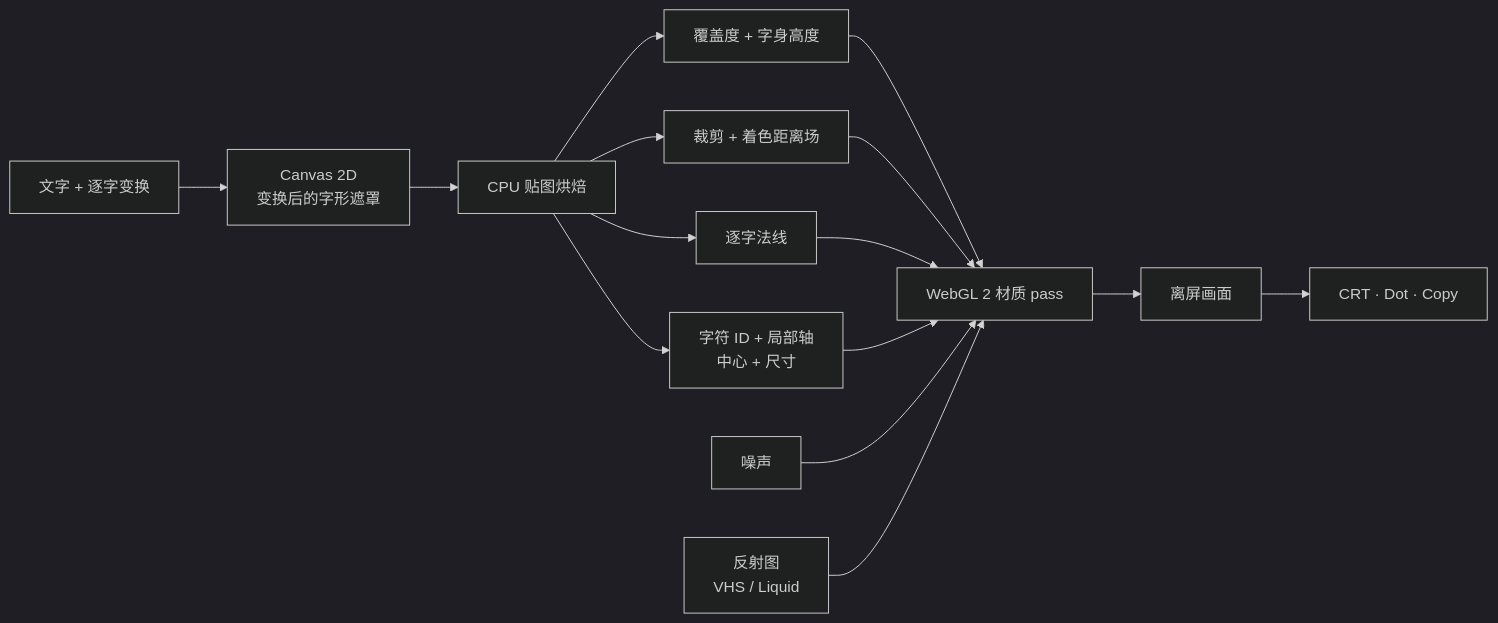
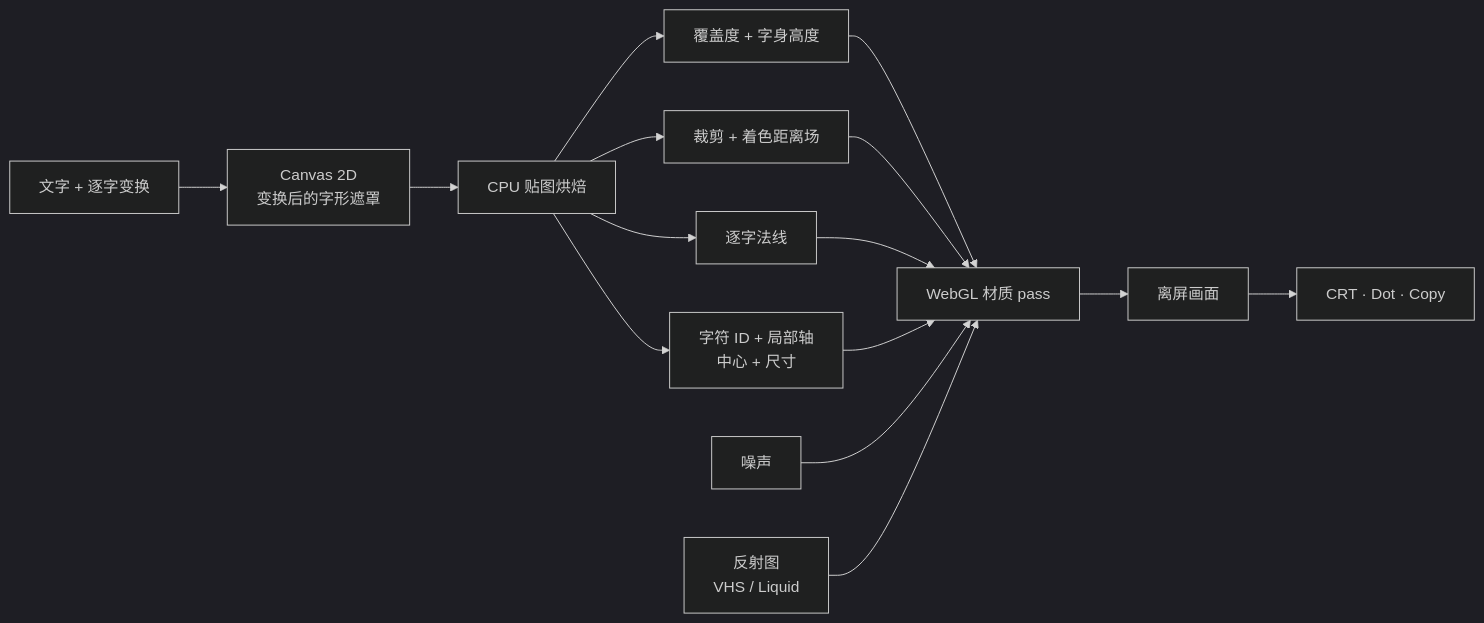
Before and after one commit to sylvanyu-io/y2k-type-lab: the diagram in README.zh-CN.md, drawn with Mermaid (dark theme). The commit also changed other lines of this file and 3 other files, not shown here.

````diff
--- a/README.zh-CN.md
+++ b/README.zh-CN.md
@@ -92,17 +92,17 @@
 ```mermaid
 flowchart LR
   Text["文字 + 逐字变换"] --> Masks["Canvas 2D<br/>变换后的字形遮罩"]
   Masks --> Bake["CPU 贴图烘焙"]
   Bake --> Shape["覆盖度 + 字身高度"]
   Bake --> Distance["裁剪 + 着色距离场"]
   Bake --> Normal["逐字法线"]
   Bake --> Owner["字符 ID + 局部轴<br/>中心 + 尺寸"]
-  Shape --> Material["WebGL 2 材质 pass"]
+  Shape --> Material["WebGL 材质 pass"]
   Distance --> Material
   Normal --> Material
   Owner --> Material
   Noise["噪声"] --> Material
   Field["反射图<br/>VHS / Liquid"] --> Material
   Material --> Scene["离屏画面"]
   Scene --> Present["CRT · Dot · Copy"]
 ```
````
